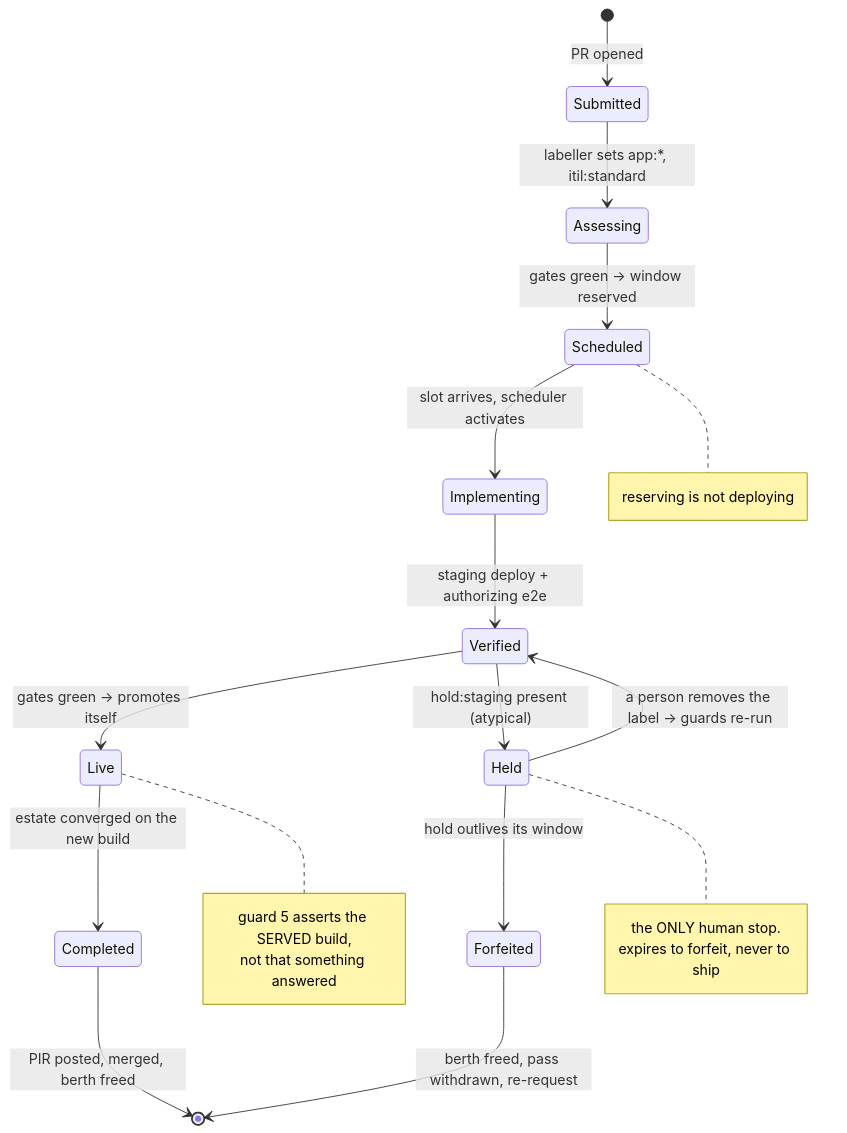
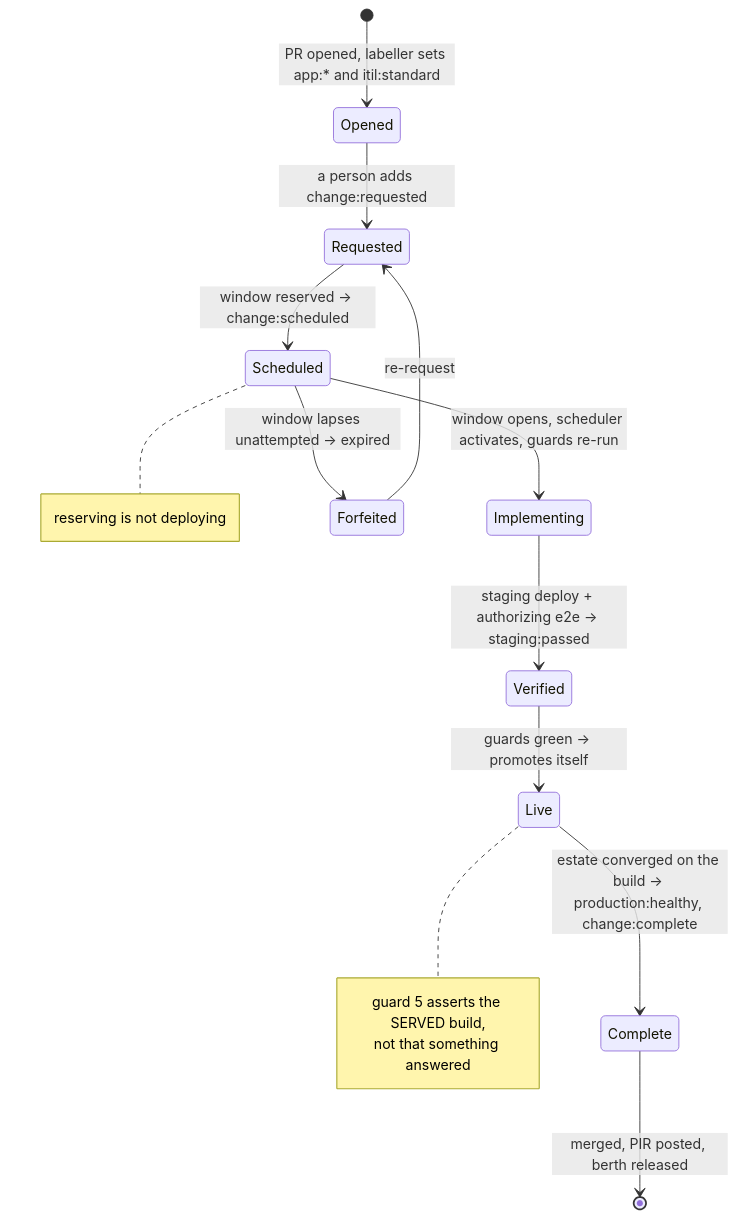
One commit to aygp-dr/standard-change changed the first of 6 diagrams in README.org. Above: the diagram before and after it, drawn with Mermaid. The commit also changed other lines of this file, not shown here.

```diff
--- a/README.org
+++ b/README.org
@@ -42,28 +42,22 @@
 #+begin_src mermaid :eval never-export
 stateDiagram-v2
     direction TB
-    [*] --> Submitted: PR opened
-    Submitted --> Assessing: labeller sets app:*, itil:standard
-    Assessing --> Scheduled: gates green -> window reserved
-    Scheduled --> Implementing: slot arrives, scheduler activates
-    Implementing --> Verified: staging deploy + authorizing e2e
-    Verified --> Live: gates green -> promotes itself
-    Verified --> Held: hold:staging present (atypical)
-    Held --> Verified: a person removes the label -> guards re-run
-    Held --> Forfeited: hold outlives its window
-    Forfeited --> [*]: berth freed, pass withdrawn, re-request
-    Live --> Completed: estate converged on the new build
-    Completed --> [*]: PIR posted, merged, berth freed
+    [*] --> Opened: PR opened, labeller sets app:* and itil:standard
+    Opened --> Requested: a person adds change:requested
+    Requested --> Scheduled: window reserved -> change:scheduled
+    Scheduled --> Implementing: window opens, scheduler activates, guards re-run
+    Scheduled --> Forfeited: window lapses unattempted -> expired
+    Implementing --> Verified: staging deploy + authorizing e2e -> staging:passed
+    Verified --> Live: guards green -> promotes itself
+    Live --> Complete: estate converged on the build -> production:healthy, change:complete
+    Complete --> [*]: merged, PIR posted, berth released
+    Forfeited --> Requested: re-request
 
     note right of Scheduled
         reserving is not deploying
-    end note
-    note right of Held
-        the ONLY human stop.
-        expires to forfeit, never to ship
     end note
     note right of Live
         guard 5 asserts the SERVED build,
         not that something answered
     end note
 #+end_src
```
